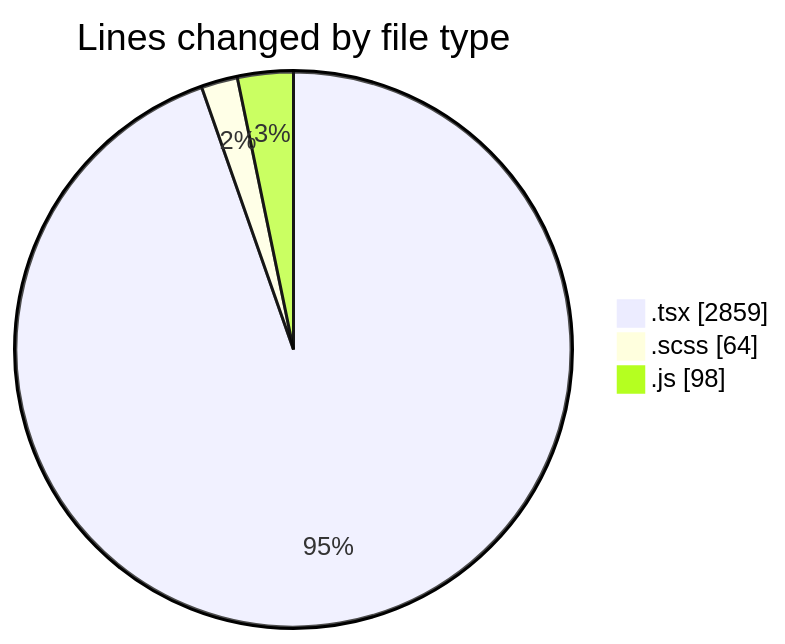
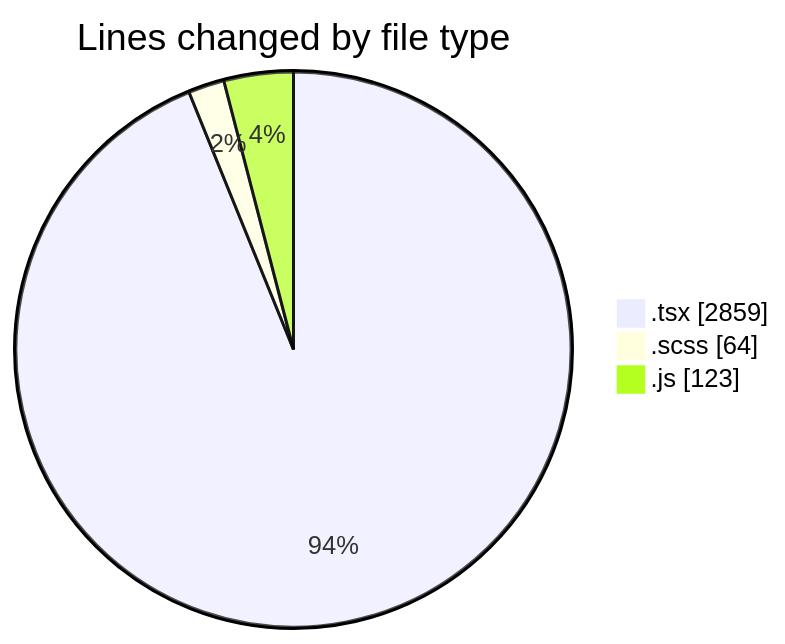
Before and after one commit to momahboobian/code-tracking: the first of 2 diagrams in 2025-06-16/cda/README.md, drawn with Mermaid. The commit also changed other lines of this file and 1 other file, not shown here.

````diff
--- a/2025-06-16/cda/README.md
+++ b/2025-06-16/cda/README.md
@@ -32,7 +33,7 @@
 ```mermaid
 pie showData
 title Lines changed by file type
 ".tsx" : 2859
 ".scss" : 64
-".js" : 98
+".js" : 123
 ```
````
